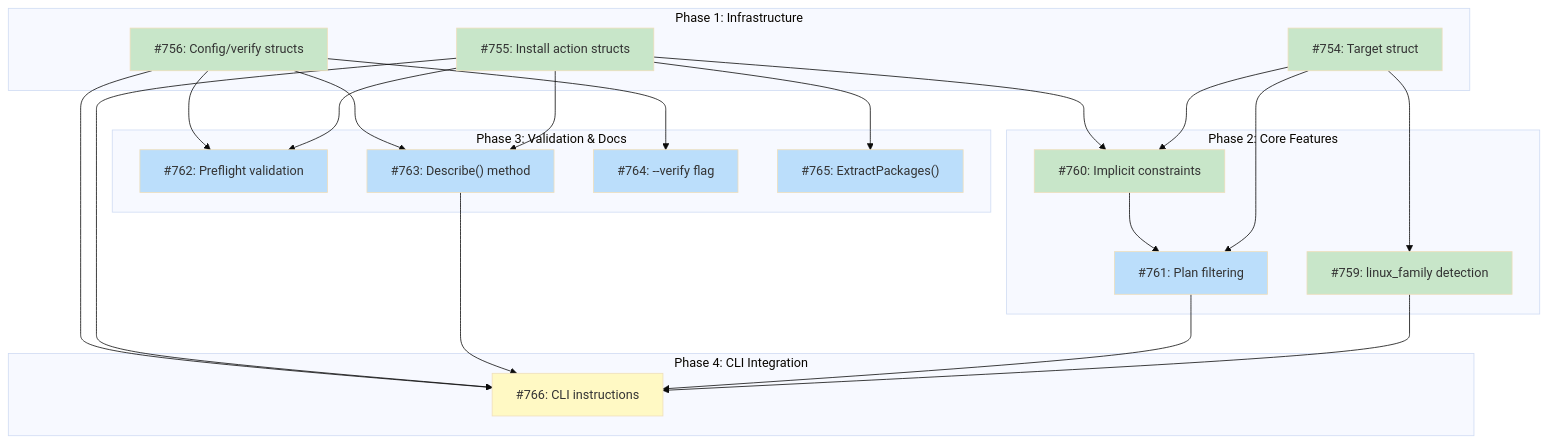
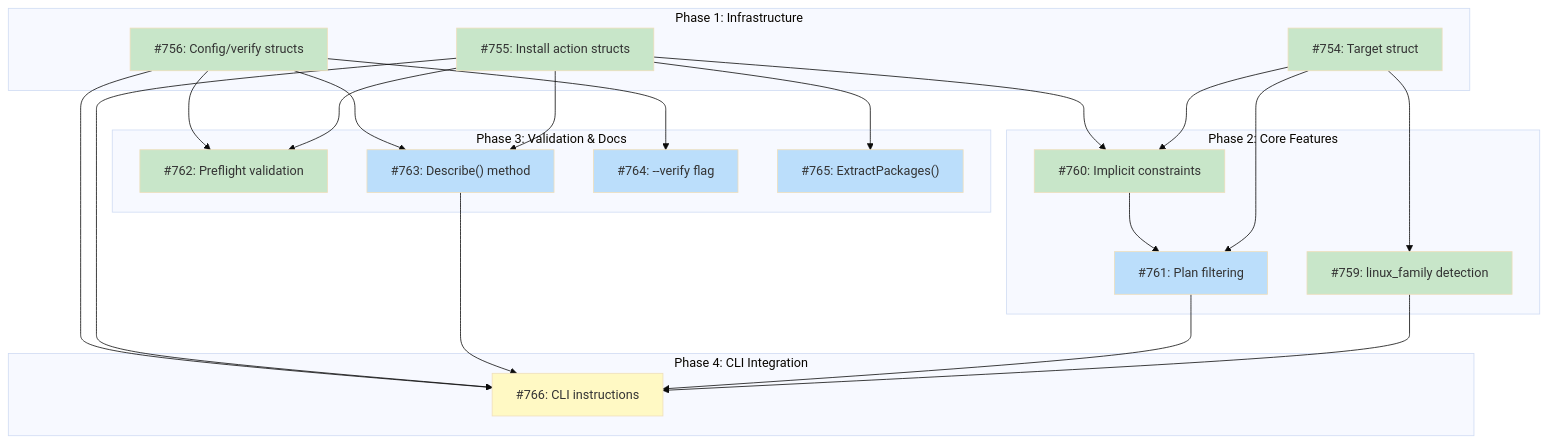
One commit to tsukumogami/tsuku changed the diagram in docs/DESIGN-system-dependency-actions.md. Above: the diagram before and after it, drawn with Mermaid (base theme). The commit also changed 9 other files, not shown here.

````diff
--- a/docs/DESIGN-system-dependency-actions.md
+++ b/docs/DESIGN-system-dependency-actions.md
@@ -27,51 +27,51 @@
 ```mermaid
 graph TD
     subgraph Phase1["Phase 1: Infrastructure"]
         I754["#754: Target struct"]
         I755["#755: Install action structs"]
         I756["#756: Config/verify structs"]
     end
 
     subgraph Phase2["Phase 2: Core Features"]
         I759["#759: linux_family detection"]
         I760["#760: Implicit constraints"]
         I761["#761: Plan filtering"]
     end
 
     subgraph Phase3["Phase 3: Validation & Docs"]
         I762["#762: Preflight validation"]
         I763["#763: Describe() method"]
         I764["#764: --verify flag"]
         I765["#765: ExtractPackages()"]
     end
 
     subgraph Phase4["Phase 4: CLI Integration"]
         I766["#766: CLI instructions"]
     end
 
     I754 --> I759
     I754 --> I760
     I755 --> I760
     I754 --> I761
     I760 --> I761
     I755 --> I762
     I756 --> I762
     I755 --> I763
     I756 --> I763
     I756 --> I764
     I755 --> I765
     I759 --> I766
     I761 --> I766
     I763 --> I766
     I755 --> I766
     I756 --> I766
 
     classDef done fill:#c8e6c9
     classDef ready fill:#bbdefb
     classDef blocked fill:#fff9c4
     classDef needsDesign fill:#e1bee7
 
-    class I754,I755,I756,I759,I760 done
-    class I761,I762,I763,I764,I765 ready
+    class I754,I755,I756,I759,I760,I762 done
+    class I761,I763,I764,I765 ready
     class I766 blocked
 ```
````
